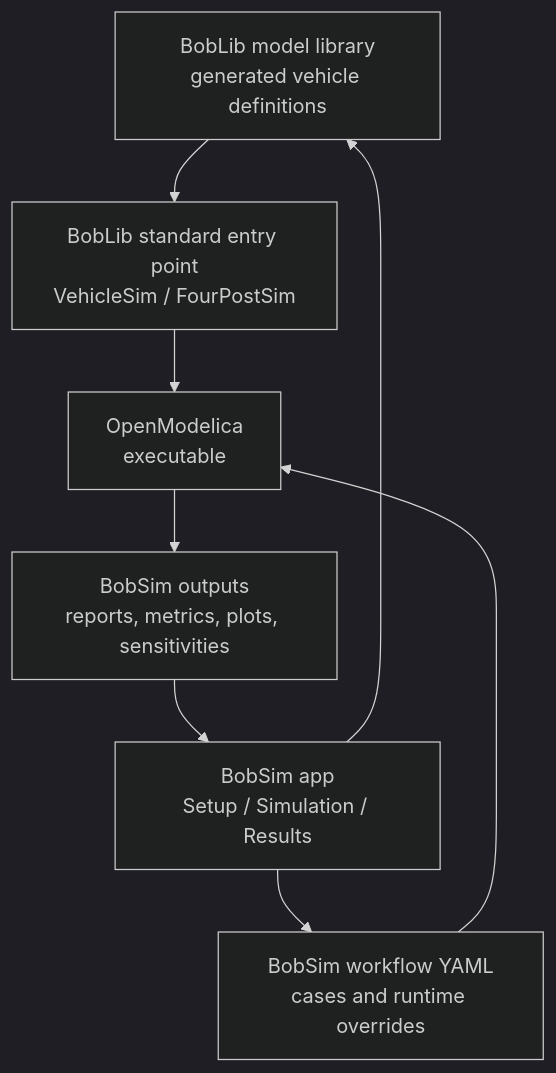
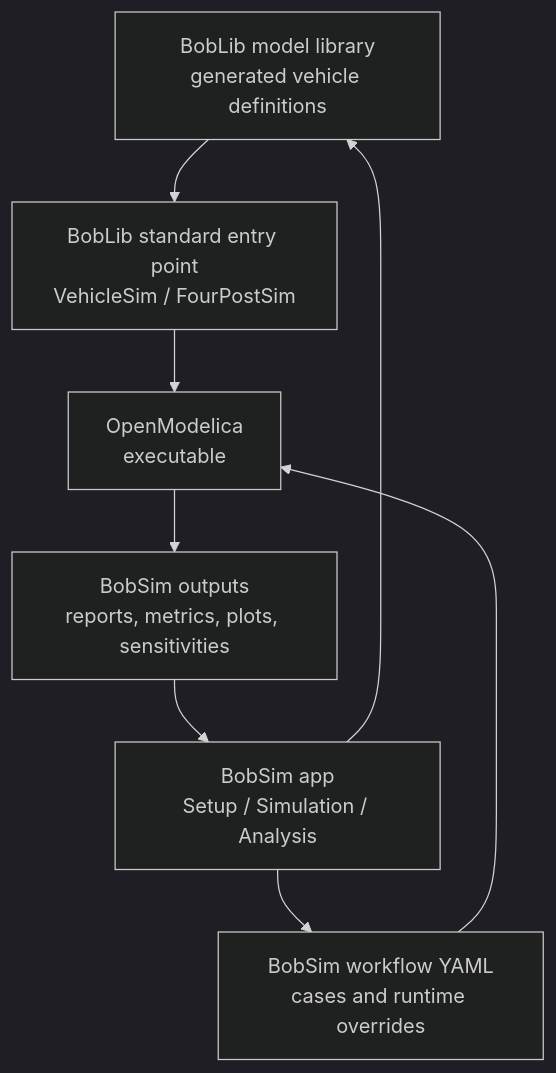
The diagram in docs/bobsim/index.md (Ilgneous/BobDocs), drawn with Mermaid (dark theme) before and after one commit. The commit also changed other lines of this file and 7 other files, not shown here.

Commit message:
Document BobSim analysis review packages

````diff
--- a/docs/bobsim/index.md
+++ b/docs/bobsim/index.md
@@ -51,17 +51,17 @@
 ```mermaid
 flowchart TB
     records["BobLib model library<br/>generated vehicle definitions"]
     entry["BobLib standard entry point<br/>VehicleSim / FourPostSim"]
-    app["BobSim app<br/>Setup / Simulation / Results"]
+    app["BobSim app<br/>Setup / Simulation / Analysis"]
     executable["OpenModelica<br/>executable"]
     workflow["BobSim workflow YAML<br/>cases and runtime overrides"]
     outputs["BobSim outputs<br/>reports, metrics, plots, sensitivities"]
 
     records --> entry
     app --> records
     app --> workflow
     entry --> executable
     workflow --> executable
     executable --> outputs
     outputs --> app
 ```
````
